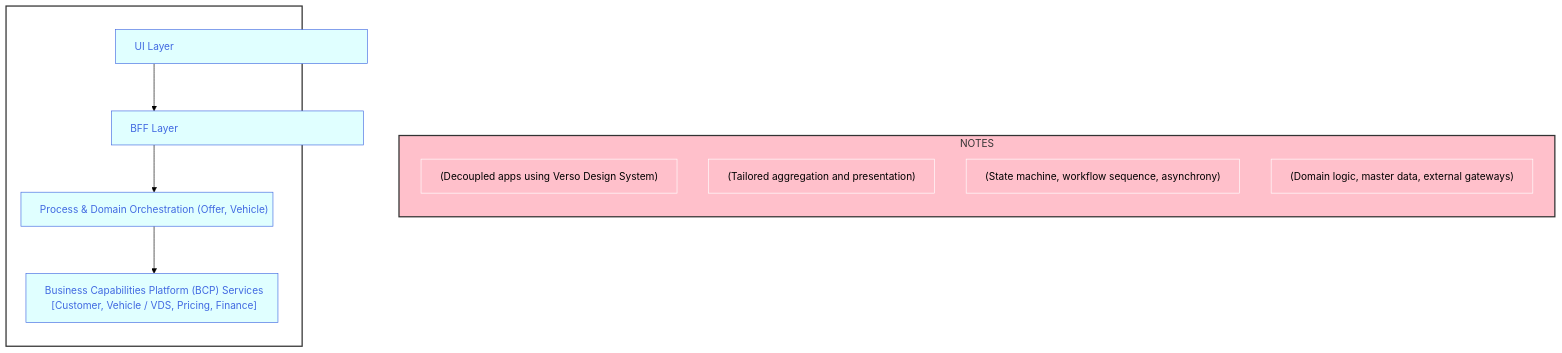
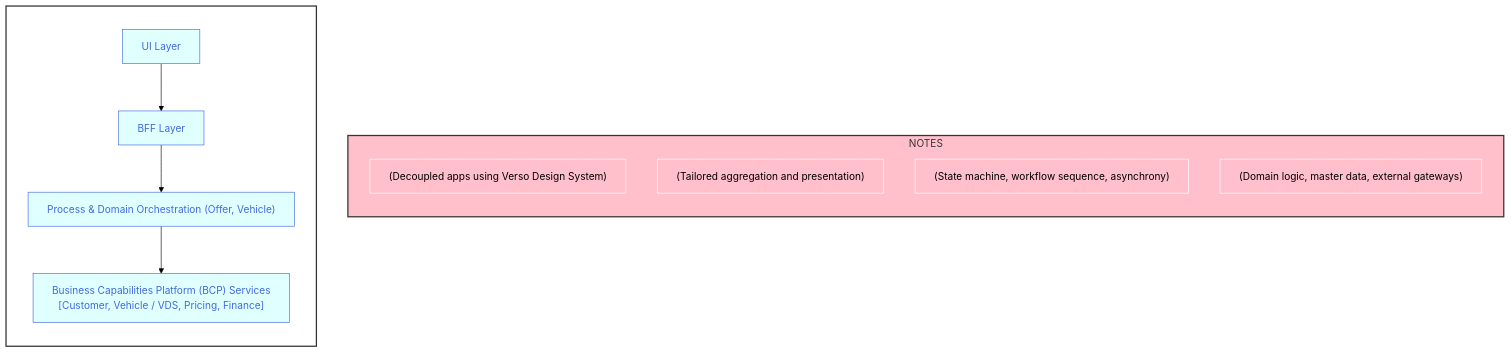
One commit to joe-dorward/samples changed the diagram in buttons_mermaid_v3.md. Above: the diagram before and after it, drawn with Mermaid (forest theme).

````diff
--- a/buttons_mermaid_v3.md
+++ b/buttons_mermaid_v3.md
@@ -3,49 +3,49 @@
 ```mermaid
   %%{
     init: {"flowchart": { "markdownAutoWrap":"false", "textWrap":"false", "wrappingWidth": "100%" }
     }
   }%%
   flowchart LR
 
-  classDef Button fill:lightcyan, stroke:royalblue, color:royalblue, width:400px;
+  classDef Button fill:lightcyan, stroke:royalblue, color:royalblue;
   classDef Note fill:transparent, stroke:white, text-align:left;
   %% ---------- ---------- ---------- ---------- ---------- ---------- ---------- ---------- ---------- ----------
   subgraph BUTTONS
     direction TD
 
     BUTTON_01["UI Layer"]:::Button
     click BUTTON_01 "https://en.wikipedia.org/wiki/Main_Page" _blank
 
     BUTTON_02["BFF Layer"]:::Button
     click BUTTON_02 "https://en.wikipedia.org/wiki/Main_Page" _blank
 
     BUTTON_03["Process & Domain Orchestration (Offer, Vehicle)"]:::Button
     click BUTTON_03 "https://en.wikipedia.org/wiki/Main_Page" _blank
 
     BUTTON_04["Business Capabilities Platform (BCP) Services<br/>[Customer, Vehicle / VDS, Pricing, Finance]"]:::Button
     click BUTTON_04 "https://en.wikipedia.org/wiki/Main_Page" _blank
   end
 
   %% ---------- ---------- ---------- ---------- ---------- ---------- ---------- ---------- ---------- ----------
   subgraph NOTES
     direction TD
     BUTTON_01_NOTE["(Decoupled apps using Verso Design System)"]:::Note
     BUTTON_02_NOTE["(Tailored aggregation and presentation)"]:::Note
     BUTTON_03_NOTE["(State machine, workflow sequence, asynchrony)"]:::Note
     BUTTON_04_NOTE["(Domain logic, master data, external gateways)"]:::Note
   end
   %% ---------- ---------- ---------- ---------- ---------- ---------- ---------- ---------- ---------- ----------
   %% invisibly connect BUTTONS (sub-graph) to NOTES (sub-graph)
   BUTTONS~~~
   NOTES
   %% ---------- ---------- ---------- ---------- ---------- ---------- ---------- ---------- ---------- ----------
   %% connect buttons
   BUTTON_01-->
   BUTTON_02-->
   BUTTON_03-->
   BUTTON_04
   %% ---------- ---------- ---------- ---------- ---------- ---------- ---------- ---------- ---------- ----------
   style BUTTONS fill:transparent,color:white,stroke:#333,stroke-width:2px
   style NOTES fill:pink,stroke:#333,stroke-width:2px
 
 ```
````
